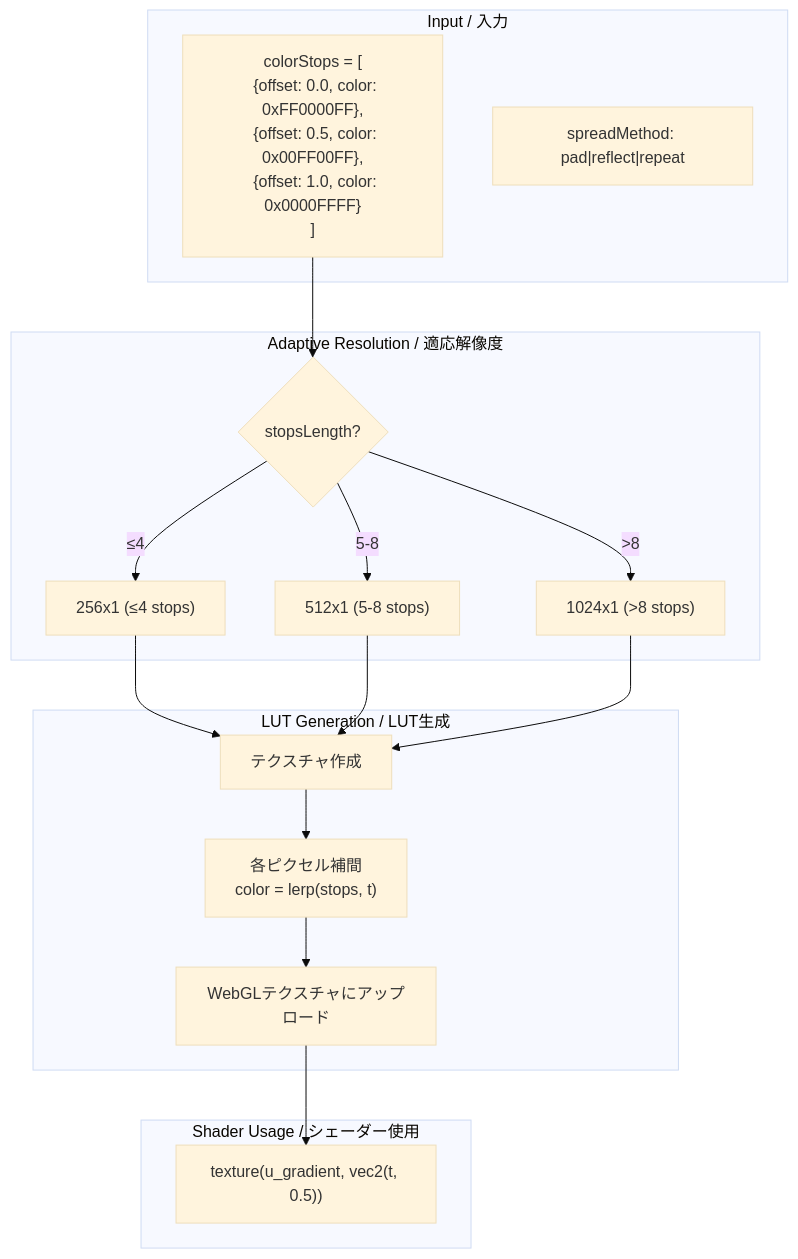
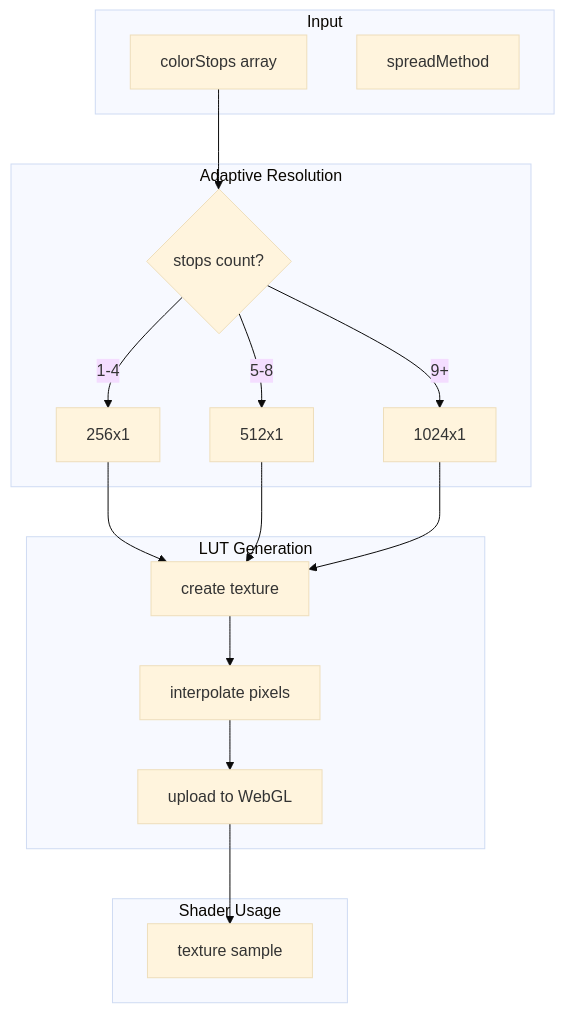
Before and after one commit to Next2D/player: diagram 13 of 37 in packages/webgl/RENDERING_FLOW.md, drawn with Mermaid (base theme). The commit also changed other lines of this file, not shown here.

````diff
--- a/packages/webgl/RENDERING_FLOW.md
+++ b/packages/webgl/RENDERING_FLOW.md
@@ -700,35 +705,35 @@
 ```mermaid
 flowchart TB
-    subgraph "Input / 入力"
-        STOPS["colorStops = [<br/>  {offset: 0.0, color: 0xFF0000FF},<br/>  {offset: 0.5, color: 0x00FF00FF},<br/>  {offset: 1.0, color: 0x0000FFFF}<br/>]"]
-        SPREAD["spreadMethod: pad|reflect|repeat"]
+    subgraph "Input"
+        STOPS[colorStops array]
+        SPREAD[spreadMethod]
     end
 
-    subgraph "Adaptive Resolution / 適応解像度"
-        CHECK_STOPS{stopsLength?}
-        RES_256["256x1 (≤4 stops)"]
-        RES_512["512x1 (5-8 stops)"]
-        RES_1024["1024x1 (>8 stops)"]
+    subgraph "Adaptive Resolution"
+        CHECK_STOPS{stops count?}
+        RES_256[256x1]
+        RES_512[512x1]
+        RES_1024[1024x1]
     end
 
-    subgraph "LUT Generation / LUT生成"
-        CREATE_TEX["テクスチャ作成"]
-        INTERPOLATE["各ピクセル補間<br/>color = lerp(stops, t)"]
-        UPLOAD["WebGLテクスチャにアップロード"]
+    subgraph "LUT Generation"
+        CREATE_TEX[create texture]
+        INTERPOLATE[interpolate pixels]
+        UPLOAD[upload to WebGL]
     end
 
-    subgraph "Shader Usage / シェーダー使用"
-        SAMPLE["texture(u_gradient, vec2(t, 0.5))"]
+    subgraph "Shader Usage"
+        SAMPLE[texture sample]
     end
 
     STOPS --> CHECK_STOPS
-    CHECK_STOPS -->|≤4| RES_256
+    CHECK_STOPS -->|1-4| RES_256
     CHECK_STOPS -->|5-8| RES_512
-    CHECK_STOPS -->|>8| RES_1024
+    CHECK_STOPS -->|9+| RES_1024
     RES_256 --> CREATE_TEX
     RES_512 --> CREATE_TEX
     RES_1024 --> CREATE_TEX
     CREATE_TEX --> INTERPOLATE
     INTERPOLATE --> UPLOAD
     UPLOAD --> SAMPLE
 ```
````
